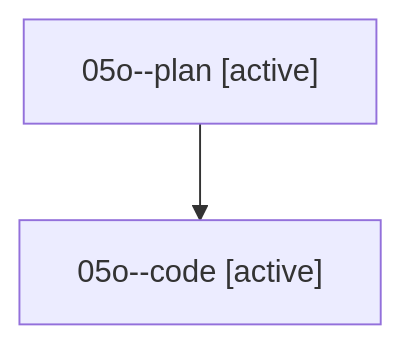
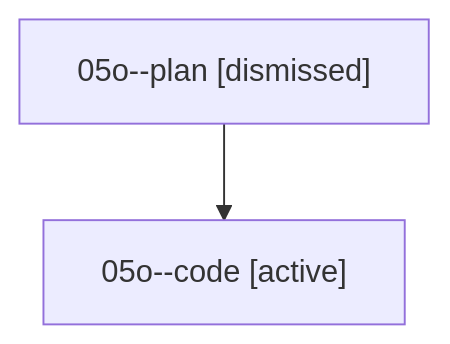
Before and after one commit to sase-org/sase--agents: the diagram in sessions/bbugyi200.athena.05o.md, drawn with Mermaid. The commit also changed other lines of this file and 31 other files, not shown here.

````diff
--- a/sessions/bbugyi200.athena.05o.md
+++ b/sessions/bbugyi200.athena.05o.md
@@ -9,6 +9,6 @@
 ```mermaid
 flowchart TD
-  n0["05o--plan [active]"]
+  n0["05o--plan [dismissed]"]
   n1["05o--code [active]"]
   n0 --> n1
 ```
````
